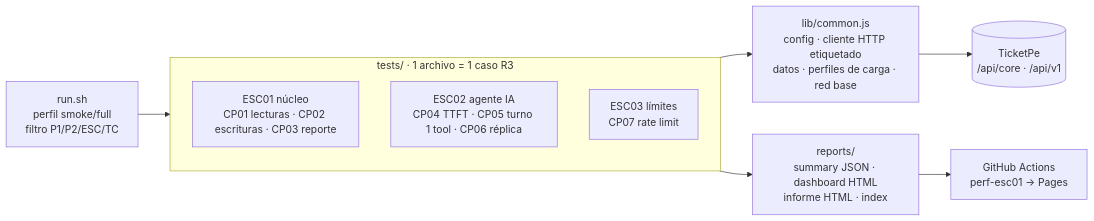
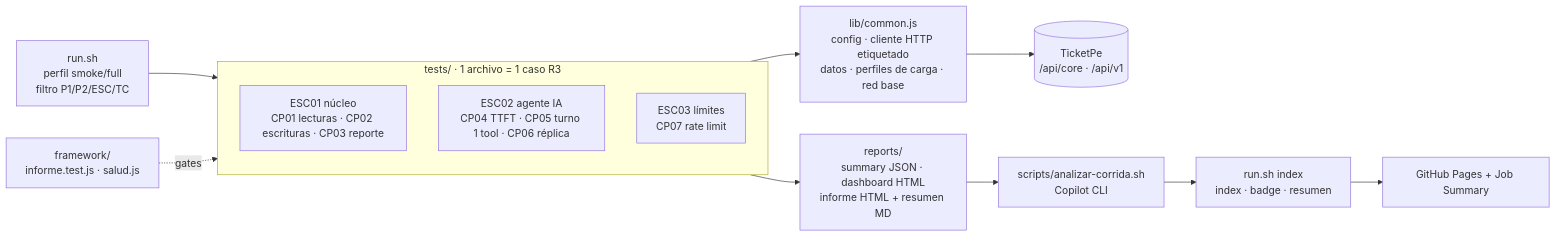
One commit to fmarinoa/ticketpe-qa-perf changed the diagram in ARCHITECTURE.md. Above: the diagram before and after it, drawn with Mermaid. The commit also changed other lines of this file and 8 other files, not shown here.

````diff
--- a/ARCHITECTURE.md
+++ b/ARCHITECTURE.md
@@ -7,13 +7,16 @@
 ```mermaid
 flowchart LR
   R[run.sh<br/>perfil smoke/full<br/>filtro P1/P2/ESC/TC] --> T
   subgraph T[tests/ · 1 archivo = 1 caso R3]
     E1[ESC01 núcleo<br/>CP01 lecturas · CP02 escrituras · CP03 reporte]
     E2[ESC02 agente IA<br/>CP04 TTFT · CP05 turno 1 tool · CP06 réplica]
     E3[ESC03 límites<br/>CP07 rate limit]
   end
   T --> L[lib/common.js<br/>config · cliente HTTP etiquetado<br/>datos · perfiles de carga · red base]
   L --> S[(TicketPe<br/>/api/core · /api/v1)]
-  T --> O[reports/<br/>summary JSON · dashboard HTML<br/>informe HTML · index]
-  O --> P[GitHub Actions<br/>perf-esc01 → Pages]
+  T --> O[reports/<br/>summary JSON · dashboard HTML<br/>informe HTML + resumen MD]
+  F[framework/<br/>informe.test.js · salud.js] -. gates .-> T
+  O --> IA[scripts/analizar-corrida.sh<br/>Copilot CLI]
+  IA --> P[run.sh index<br/>index · badge · resumen]
+  P --> G[GitHub Pages + Job Summary]
 ```
````
